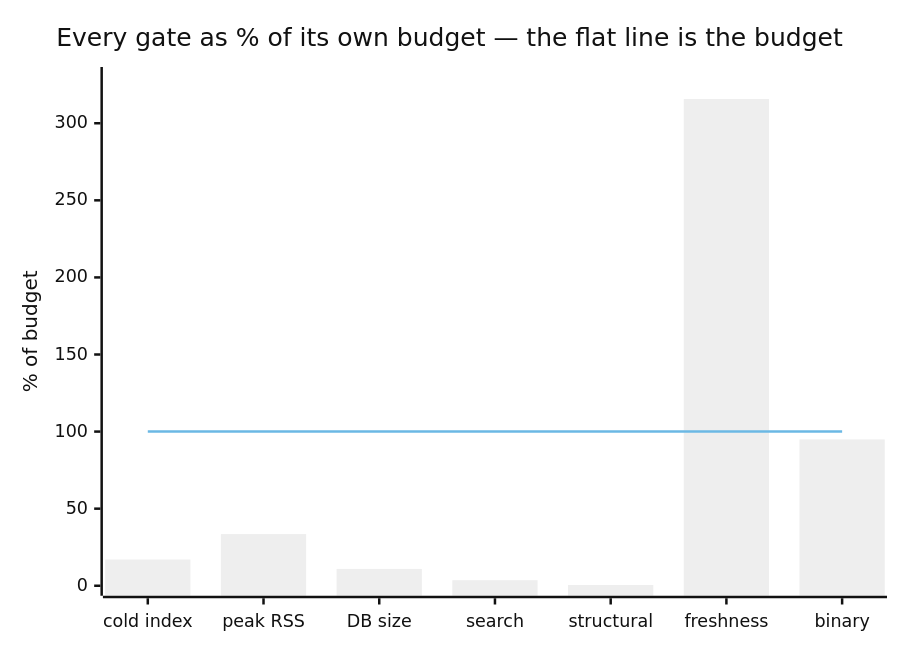
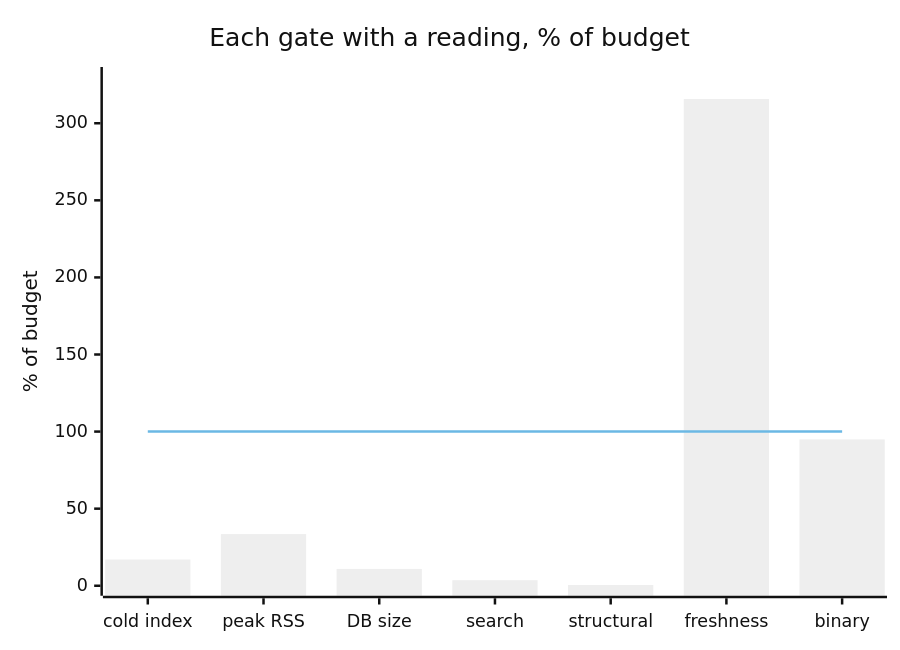
One commit to samibel/graphi changed the second of 4 diagrams in readme.md. Above: the diagram before and after it, drawn with Mermaid (neutral theme). The commit also changed other lines of this file, not shown here.

First line of the commit message:
SW-213 rebuild round 1: label the binary units, stop the heading claiming completeness, and carry the staleness notice's own verdict

````diff
--- a/readme.md
+++ b/readme.md
@@ -93,8 +108,8 @@
 ```mermaid
 xychart-beta
-  title "Every gate as % of its own budget — the flat line is the budget"
+  title "Each gate with a reading, % of budget"
   x-axis ["cold index", "peak RSS", "DB size", "search", "structural", "freshness", "binary"]
   y-axis "% of budget" 0 --> 330
   bar [17.0, 33.5, 10.9, 3.6, 0.5, 315.7, 94.9]
   line [100, 100, 100, 100, 100, 100, 100]
 ```
````
